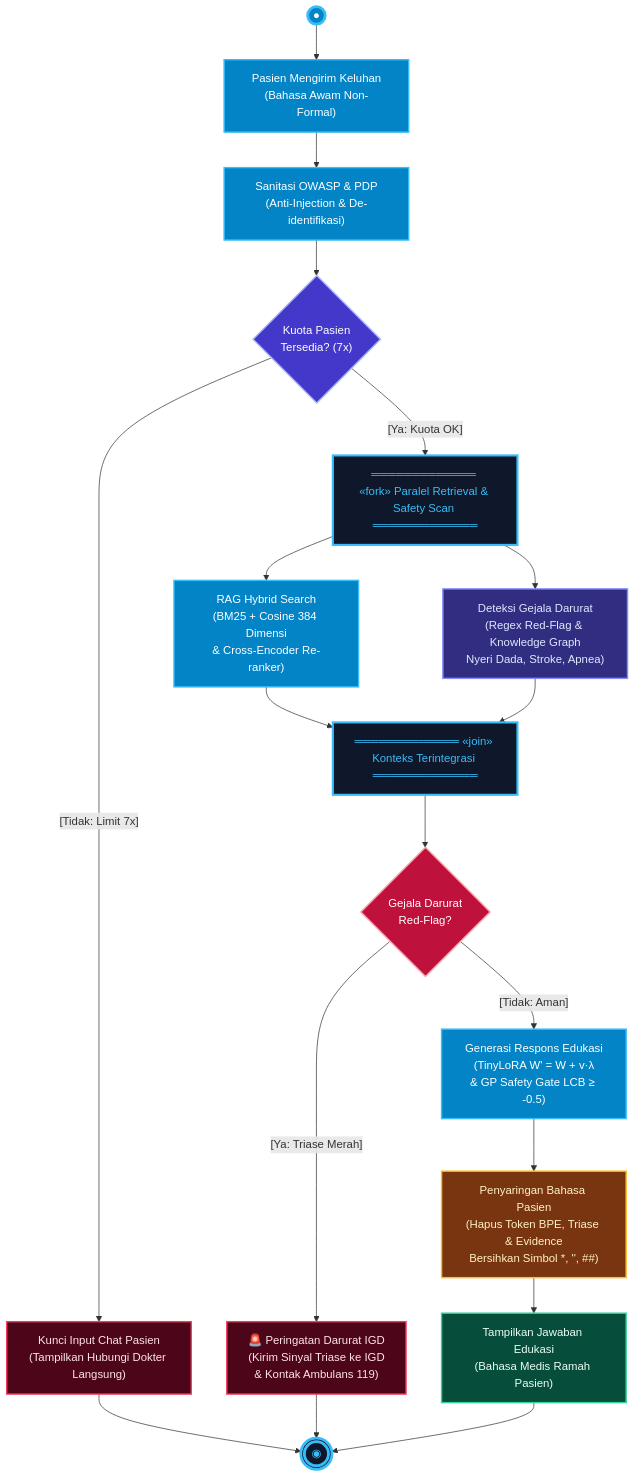
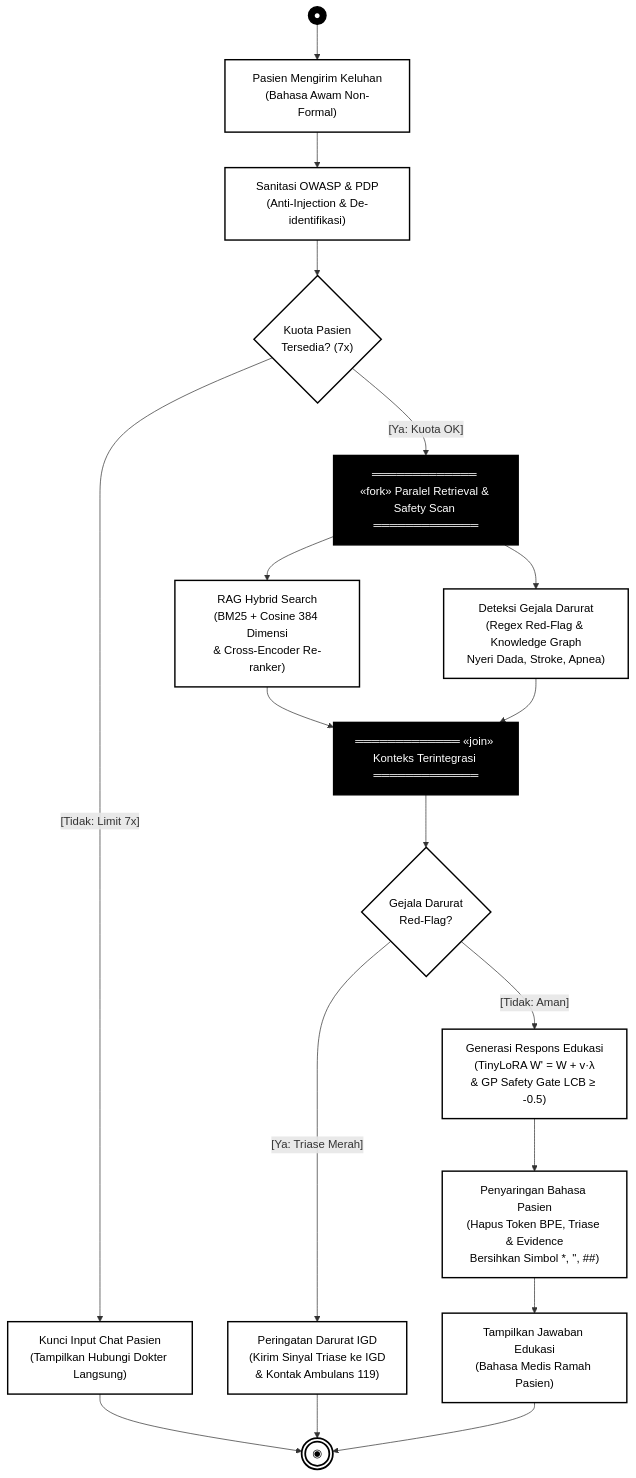
Before and after one commit to not162/record-medical-development: the third of 5 diagrams in docs/readme/02_UML_DAN_DIAGRAM_ARSITEKTUR.md, drawn with Mermaid. The commit also changed other lines of this file and 3 other files, not shown here.

Commit message:
style(diagrams): convert all diagrams, tables, and interactive suite to pure monochrome black-and-white

````diff
--- a/docs/readme/02_UML_DAN_DIAGRAM_ARSITEKTUR.md
+++ b/docs/readme/02_UML_DAN_DIAGRAM_ARSITEKTUR.md
@@ -213,55 +203,50 @@
 ```mermaid
 flowchart TD
     %% 1. Initial State Node
-    START((●)):::startNode --> A1["Pasien Mengirim Keluhan<br/>(Bahasa Awam Non-Formal)"]:::actionBlue
+    START((●)):::startNode --> A1["Pasien Mengirim Keluhan<br/>(Bahasa Awam Non-Formal)"]:::actionMono
     
-    A1 --> A2["Sanitasi OWASP & PDP<br/>(Anti-Injection & De-identifikasi)"]:::actionBlue
+    A1 --> A2["Sanitasi OWASP & PDP<br/>(Anti-Injection & De-identifikasi)"]:::actionMono
     
     %% 2. Decision Diamond 1: Evaluasi Kuota
     A2 --> D_QUOTA{"Kuota Pasien<br/>Tersedia? (7x)"}:::diamondNode
     
     %% Cabang Kuota Habis
-    D_QUOTA -- "[Tidak: Limit 7x]" --> ACT_LOCK["Kunci Input Chat Pasien<br/>(Tampilkan Hubungi Dokter Langsung)"]:::actionRose
+    D_QUOTA -- "[Tidak: Limit 7x]" --> ACT_LOCK["Kunci Input Chat Pasien<br/>(Tampilkan Hubungi Dokter Langsung)"]:::actionMono
     ACT_LOCK --> END_NODE(((◉))):::endNode
     
     %% Cabang Kuota Masih Ada
     D_QUOTA -- "[Ya: Kuota OK]" --> FORK_BAR["═════════════ «fork» Paralel Retrieval & Safety Scan ═════════════"]:::syncBar
     
     %% Paralel Jalur Kiri: RAG Search
-    FORK_BAR --> A3_RAG["RAG Hybrid Search<br/>(BM25 + Cosine 384 Dimensi<br/>& Cross-Encoder Re-ranker)"]:::actionBlue
+    FORK_BAR --> A3_RAG["RAG Hybrid Search<br/>(BM25 + Cosine 384 Dimensi<br/>& Cross-Encoder Re-ranker)"]:::actionMono
     
     %% Paralel Jalur Kanan: Triage Scanner
-    FORK_BAR --> A3_TRIAGE["Deteksi Gejala Darurat<br/>(Regex Red-Flag & Knowledge Graph<br/>Nyeri Dada, Stroke, Apnea)"]:::actionIndigo
+    FORK_BAR --> A3_TRIAGE["Deteksi Gejala Darurat<br/>(Regex Red-Flag & Knowledge Graph<br/>Nyeri Dada, Stroke, Apnea)"]:::actionMono
     
     %% Sinkronisasi Join Bar
     A3_RAG --> JOIN_BAR["═════════════ «join» Konteks Terintegrasi ═════════════"]:::syncBar
     A3_TRIAGE --> JOIN_BAR
     
     %% 3. Decision Diamond 2: Kondisi Gawat Darurat
-    JOIN_BAR --> D_EMERGENCY{"Gejala Darurat<br/>Red-Flag?"}:::diamondAlert
+    JOIN_BAR --> D_EMERGENCY{"Gejala Darurat<br/>Red-Flag?"}:::diamondNode
     
     %% Cabang Darurat: Triase Merah
-    D_EMERGENCY -- "[Ya: Triase Merah]" --> ACT_ALERT["🚨 Peringatan Darurat IGD<br/>(Kirim Sinyal Triase ke IGD<br/>& Kontak Ambulans 119)"]:::actionRose
+    D_EMERGENCY -- "[Ya: Triase Merah]" --> ACT_ALERT["Peringatan Darurat IGD<br/>(Kirim Sinyal Triase ke IGD<br/>& Kontak Ambulans 119)"]:::actionMono
     ACT_ALERT --> END_NODE
     
     %% Cabang Normal: Inferensi AI
-    D_EMERGENCY -- "[Tidak: Aman]" --> A4_AI["Generasi Respons Edukasi<br/>(TinyLoRA W' = W + v·λ<br/>& GP Safety Gate LCB ≥ -0.5)"]:::actionBlue
+    D_EMERGENCY -- "[Tidak: Aman]" --> A4_AI["Generasi Respons Edukasi<br/>(TinyLoRA W' = W + v·λ<br/>& GP Safety Gate LCB ≥ -0.5)"]:::actionMono
     
-    A4_AI --> A5_FILTER["Penyaringan Bahasa Pasien<br/>(Hapus Token BPE, Triase & Evidence<br/>Bersihkan Simbol *, '', ##)"]:::actionGold
+    A4_AI --> A5_FILTER["Penyaringan Bahasa Pasien<br/>(Hapus Token BPE, Triase & Evidence<br/>Bersihkan Simbol *, '', ##)"]:::actionMono
     
-    A5_FILTER --> A6_DELIVER["Tampilkan Jawaban Edukasi<br/>(Bahasa Medis Ramah Pasien)"]:::actionGreen
+    A5_FILTER --> A6_DELIVER["Tampilkan Jawaban Edukasi<br/>(Bahasa Medis Ramah Pasien)"]:::actionMono
     
     A6_DELIVER --> END_NODE
 
-    %% Definisi Gaya Khusus Sesuai Template Gambar 3
-    classDef startNode fill:#0284c7,stroke:#38bdf8,stroke-width:4px,color:#ffffff;
-    classDef endNode fill:#0f172a,stroke:#38bdf8,stroke-width:4px,color:#38bdf8;
-    classDef actionBlue fill:#0284c7,stroke:#38bdf8,stroke-width:2px,color:#ffffff;
-    classDef actionIndigo fill:#312e81,stroke:#818cf8,stroke-width:2px,color:#e0e7ff;
-    classDef actionRose fill:#4c0519,stroke:#f43f5e,stroke-width:2px,color:#ffe4e6;
-    classDef actionGold fill:#78350f,stroke:#fbbf24,stroke-width:2px,color:#fef3c7;
-    classDef actionGreen fill:#064e3b,stroke:#34d399,stroke-width:2px,color:#ecfdf5;
-    classDef diamondNode fill:#4338ca,stroke:#a5b4fc,stroke-width:2px,color:#ffffff;
-    classDef diamondAlert fill:#be123c,stroke:#fda4af,stroke-width:2px,color:#ffffff;
-    classDef syncBar fill:#0f172a,stroke:#38bdf8,stroke-width:3px,color:#38bdf8;
+    %% Definisi Gaya Hitam Putih Murni Sesuai Template Gambar 3
+    classDef startNode fill:#000000,stroke:#000000,stroke-width:2px,color:#ffffff;
+    classDef endNode fill:#ffffff,stroke:#000000,stroke-width:2.5px,color:#000000;
+    classDef actionMono fill:#ffffff,stroke:#000000,stroke-width:2px,color:#000000;
+    classDef diamondNode fill:#ffffff,stroke:#000000,stroke-width:2px,color:#000000;
+    classDef syncBar fill:#000000,stroke:#000000,stroke-width:2px,color:#ffffff;
 ```
````
